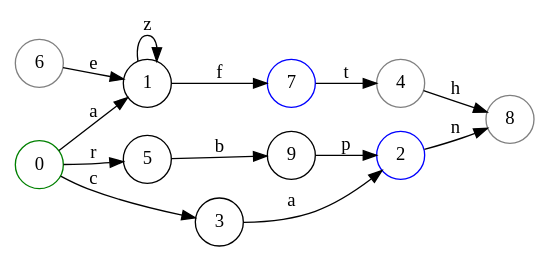
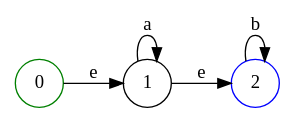
Before and after one commit to mouadd9/mouadd: the diagram in project_C/Automate/Automate.dot, drawn with Graphviz. The commit also changed 28 other files, not shown here.

```diff
--- a/project_C/Automate/Automate.dot
+++ b/project_C/Automate/Automate.dot
@@ -1,26 +1,13 @@
 digraph automate {
 	rankdir=LR;
 	node [shape = circle, color = gray];
-	0 -> 1 [label=a];
-	0 -> 3 [label=c];
-	3 -> 2 [label=a];
-	9 -> 2 [label=p];
-	5 -> 9 [label=b];
-	1 -> 7 [label=f];
-	6 -> 1 [label=e];
-	1 -> 1 [label=z];
-	7 -> 4 [label=t];
-	2 -> 8 [label=n];
-	0 -> 5 [label=r];
-	4 -> 8 [label=h];
+	0 -> 1 [label=e];
+	1 -> 1 [label=a];
+	1 -> 2 [label=e];
+	2 -> 2 [label=b];
 	0 [color=black];
 	1 [color=black];
-	7 [color=black];
-	3 [color=black];
 	2 [color=black];
-	5 [color=black];
-	9 [color=black];
 	0 [color=green];
 	2 [color=blue];
-	7 [color=blue];
 }
```
